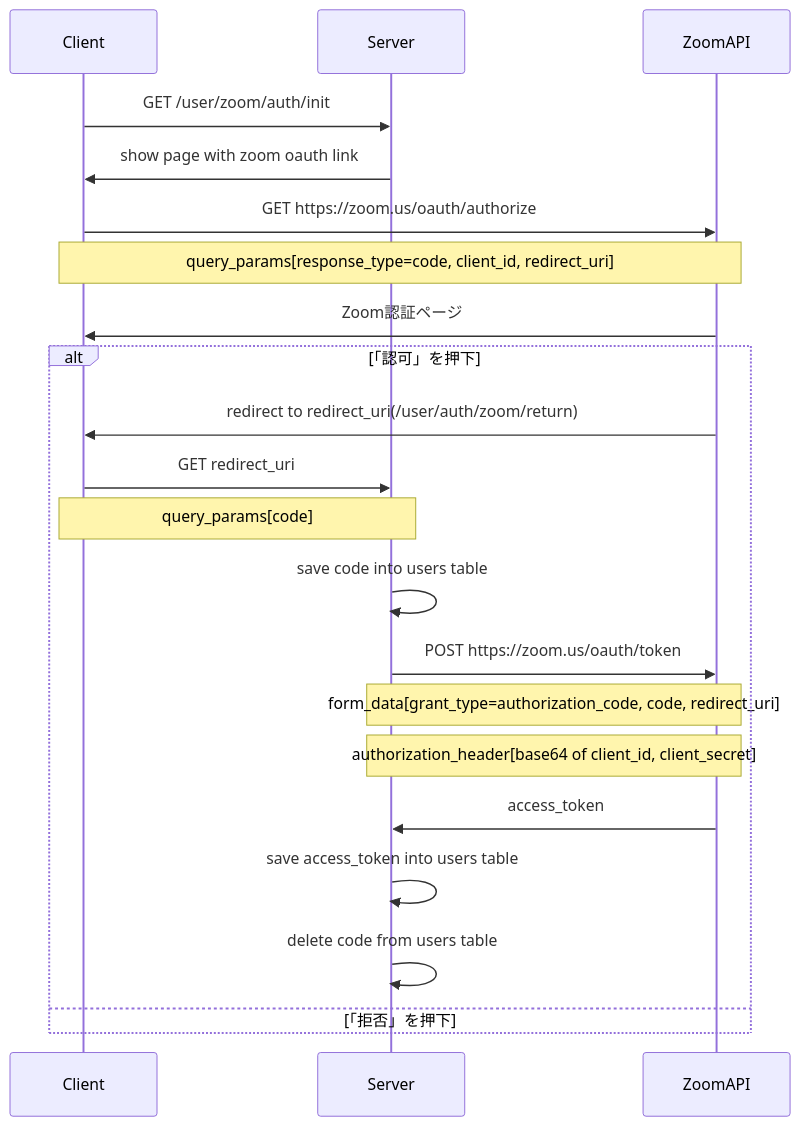
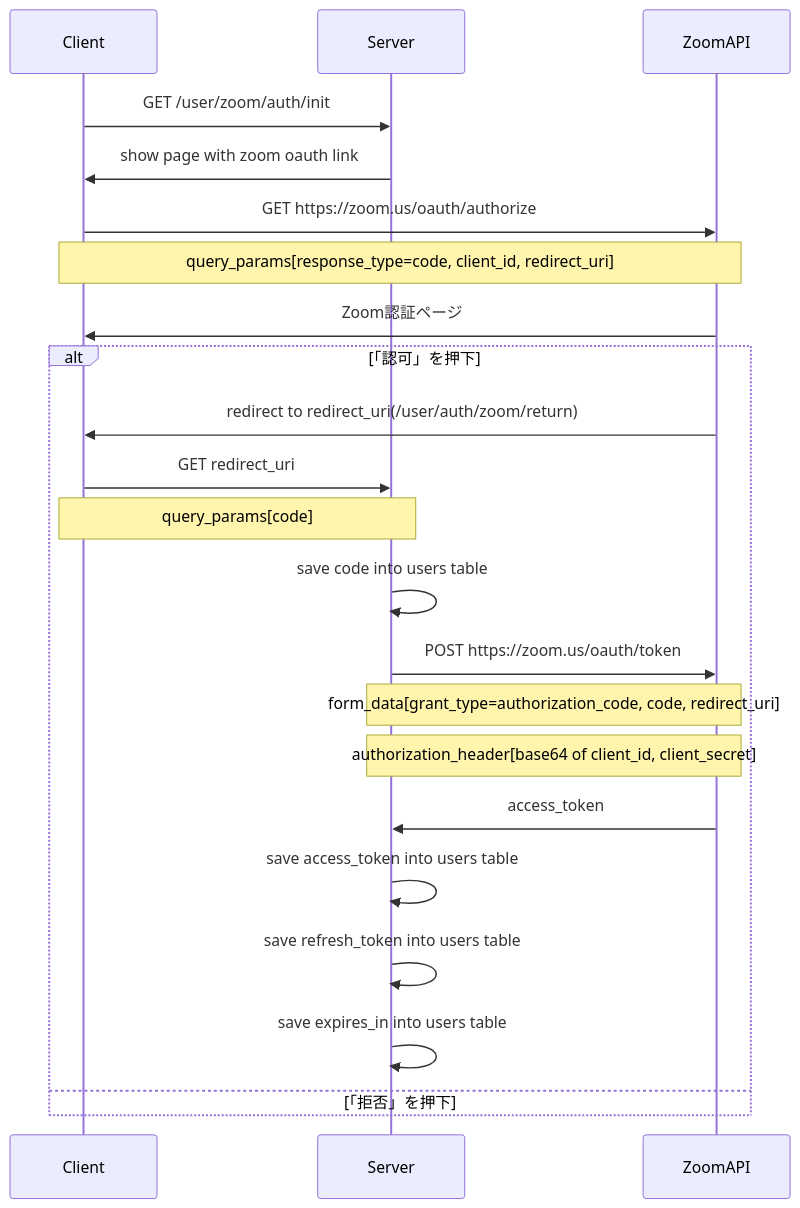
The diagram in zoom_authentication_sequence.md (lynxlevin/zoom_auto_records), drawn with Mermaid before and after one commit. The commit also changed 4 other files, not shown here.

````diff
--- a/zoom_authentication_sequence.md
+++ b/zoom_authentication_sequence.md
@@ -1,24 +1,25 @@
 ```mermaid
 sequenceDiagram
     participant c as Client
     participant s as Server
     participant z as ZoomAPI
     c->>s: GET /user/zoom/auth/init
     s->>c: show page with zoom oauth link
     c->>z: GET https://zoom.us/oauth/authorize
     Note over c, z: query_params[response_type=code, client_id, redirect_uri]
     z->>c: Zoom認証ページ
     alt 「認可」を押下
         z->>c: redirect to redirect_uri(/user/auth/zoom/return)
         c->>s: GET redirect_uri
         Note over c, s: query_params[code]
         s->>s: save code into users table
         s->>z: POST https://zoom.us/oauth/token
         Note over s, z: form_data[grant_type=authorization_code, code, redirect_uri]
         Note over s, z: authorization_header[base64 of client_id, client_secret]
         z->>s: access_token
         s->>s: save access_token into users table
-        s->>s: delete code from users table
+        s->>s: save refresh_token into users table
+        s->>s: save expires_in into users table
     else 「拒否」を押下
     end
 ```
````
